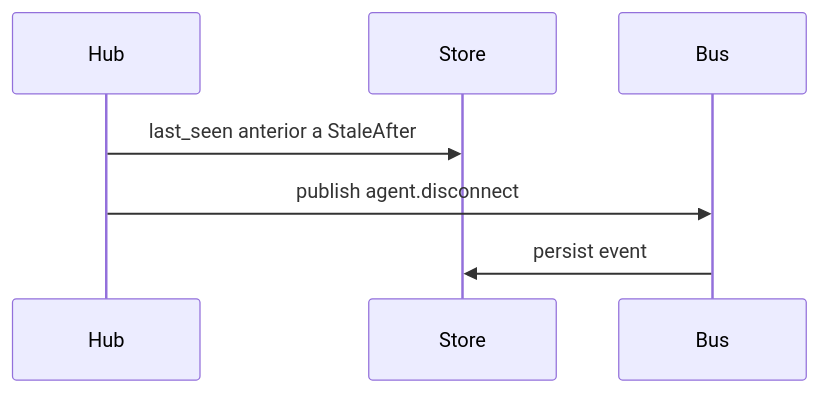
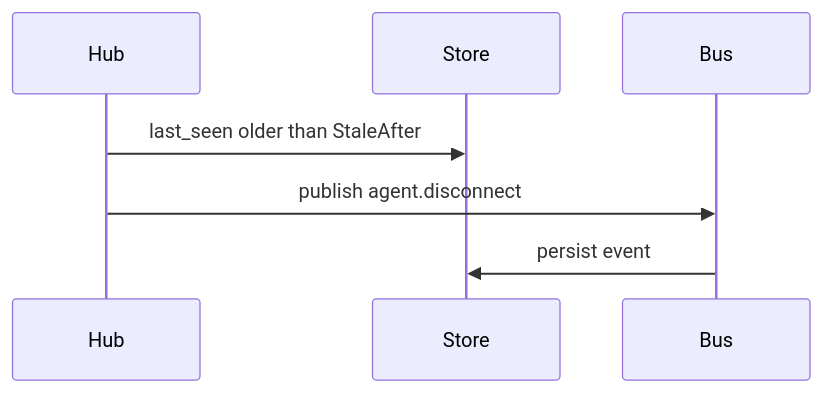
Before and after one commit to HarryRaddatz/argus-observability: the second of 2 diagrams in docs/flows/agent-connection.md, drawn with Mermaid. The commit also changed other lines of this file and 89 other files, not shown here.

````diff
--- a/docs/flows/agent-connection.md
+++ b/docs/flows/agent-connection.md
@@ -27,10 +27,10 @@
 ```mermaid
 sequenceDiagram
   participant Hub
   participant Store
   participant Bus
 
-  Hub->>Store: last_seen anterior a StaleAfter
+  Hub->>Store: last_seen older than StaleAfter
   Hub->>Bus: publish agent.disconnect
   Bus->>Store: persist event
 ```
````
